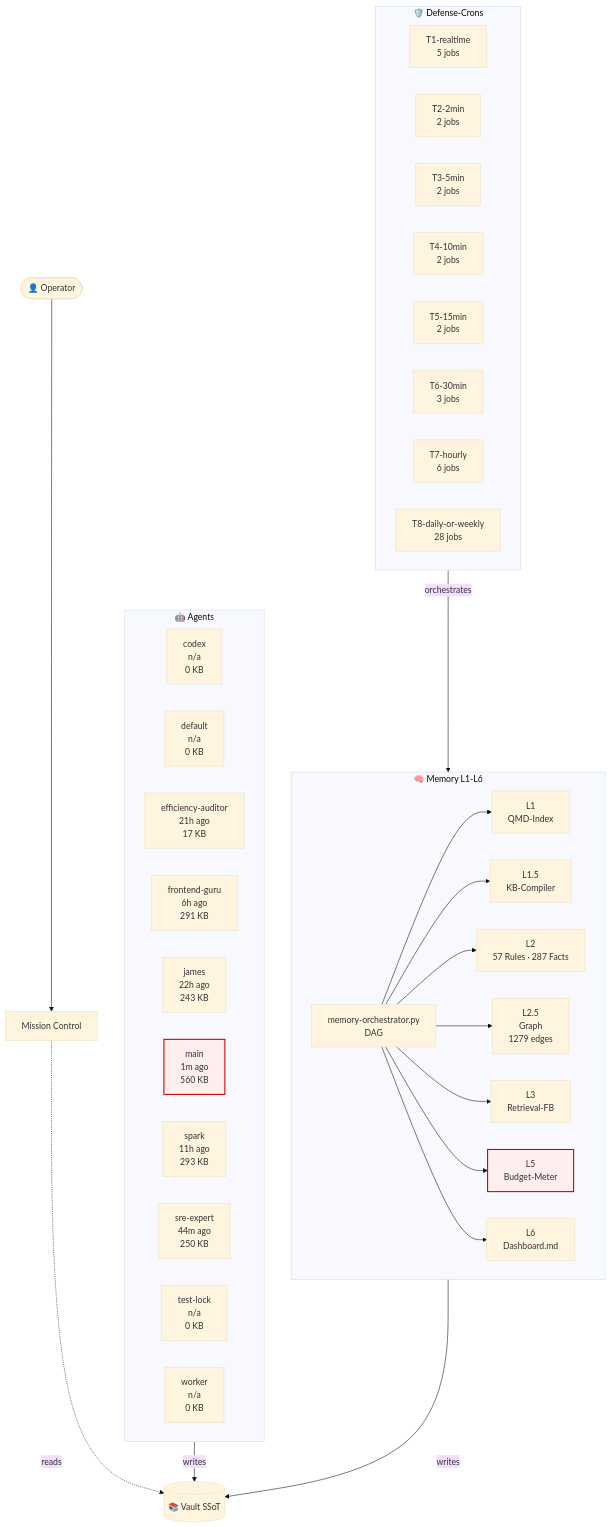
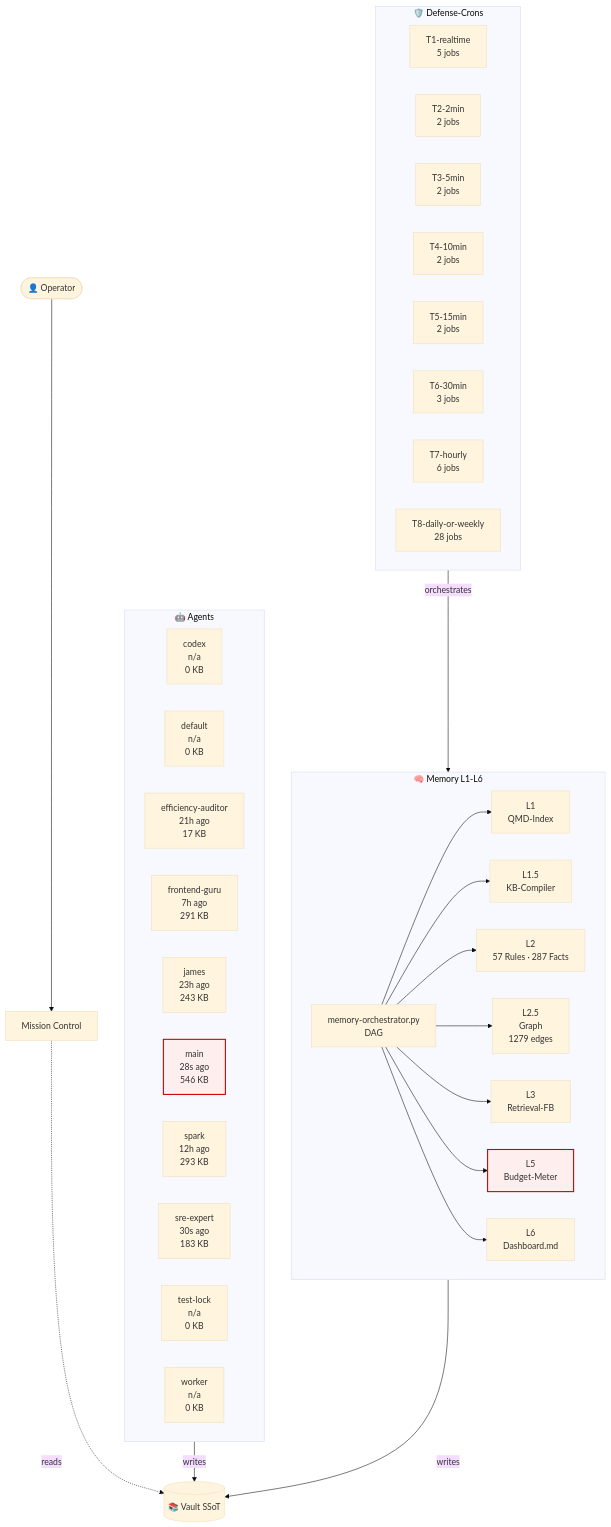
The diagram in 03-Agents/architecture-live.md (lenardhuebner88-rgb/openclaw-memory), drawn with Mermaid (base theme) before and after one commit. The commit also changed other lines of this file and 4 other files, not shown here.

````diff
--- a/03-Agents/architecture-live.md
+++ b/03-Agents/architecture-live.md
@@ -18,53 +18,53 @@
 ```mermaid
 flowchart TB
     classDef critical fill:#fee,stroke:#c00,stroke-width:2px;
     subgraph AGT["🤖 Agents"]
         agent_codex["codex<br/>n/a<br/>0 KB"]
         agent_default["default<br/>n/a<br/>0 KB"]
         agent_efficiency_auditor["efficiency-auditor<br/>21h ago<br/>17 KB"]
-        agent_frontend_guru["frontend-guru<br/>6h ago<br/>291 KB"]
-        agent_james["james<br/>22h ago<br/>243 KB"]
-        agent_main["main<br/>1m ago<br/>560 KB"]
-        agent_spark["spark<br/>11h ago<br/>293 KB"]
-        agent_sre_expert["sre-expert<br/>44m ago<br/>250 KB"]
+        agent_frontend_guru["frontend-guru<br/>7h ago<br/>291 KB"]
+        agent_james["james<br/>23h ago<br/>243 KB"]
+        agent_main["main<br/>28s ago<br/>546 KB"]
+        agent_spark["spark<br/>12h ago<br/>293 KB"]
+        agent_sre_expert["sre-expert<br/>30s ago<br/>183 KB"]
         agent_test_lock["test-lock<br/>n/a<br/>0 KB"]
         agent_worker["worker<br/>n/a<br/>0 KB"]
     end
     subgraph MEM["🧠 Memory L1-L6"]
         L1["L1<br/>QMD-Index"]
         L15["L1.5<br/>KB-Compiler"]
         L2["L2<br/>57 Rules · 287 Facts"]
         L25["L2.5<br/>Graph<br/>1279 edges"]
         L3["L3<br/>Retrieval-FB"]
         L5["L5<br/>Budget-Meter"]
         L6["L6<br/>Dashboard.md"]
         ORCH["memory-orchestrator.py<br/>DAG"]
     end
     subgraph CRN["🛡️ Defense-Crons"]
         tier_T1_realtime["T1-realtime<br/>5 jobs"]
         tier_T2_2min["T2-2min<br/>2 jobs"]
         tier_T3_5min["T3-5min<br/>2 jobs"]
         tier_T4_10min["T4-10min<br/>2 jobs"]
         tier_T5_15min["T5-15min<br/>2 jobs"]
         tier_T6_30min["T6-30min<br/>3 jobs"]
         tier_T7_hourly["T7-hourly<br/>6 jobs"]
         tier_T8_daily_or_weekly["T8-daily-or-weekly<br/>28 jobs"]
     end
     VAULT[("📚 Vault SSoT")]
     OP([👤 Operator])
     MC["Mission Control"]
     OP --> MC
     MC -.reads.-> VAULT
     AGT -->|writes| VAULT
     MEM -->|writes| VAULT
     ORCH --> L1
     ORCH --> L15
     ORCH --> L2
     ORCH --> L25
     ORCH --> L3
     ORCH --> L5
     ORCH --> L6
     CRN -->|orchestrates| MEM
     class L5 critical
     class agent_main critical
 ```
````
